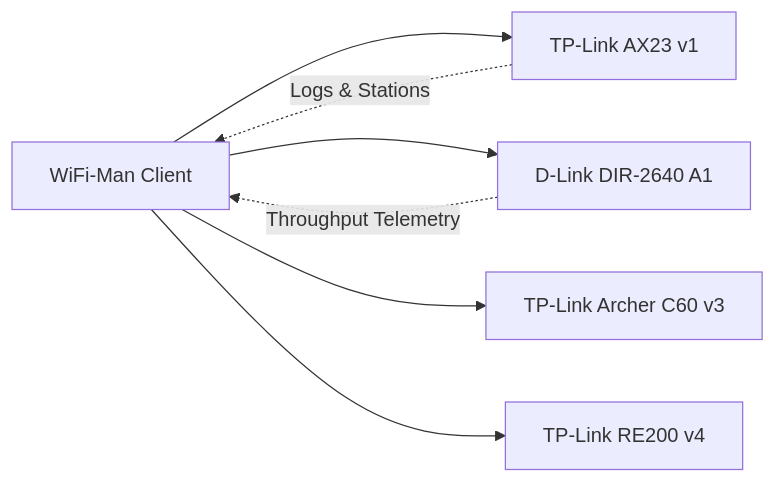
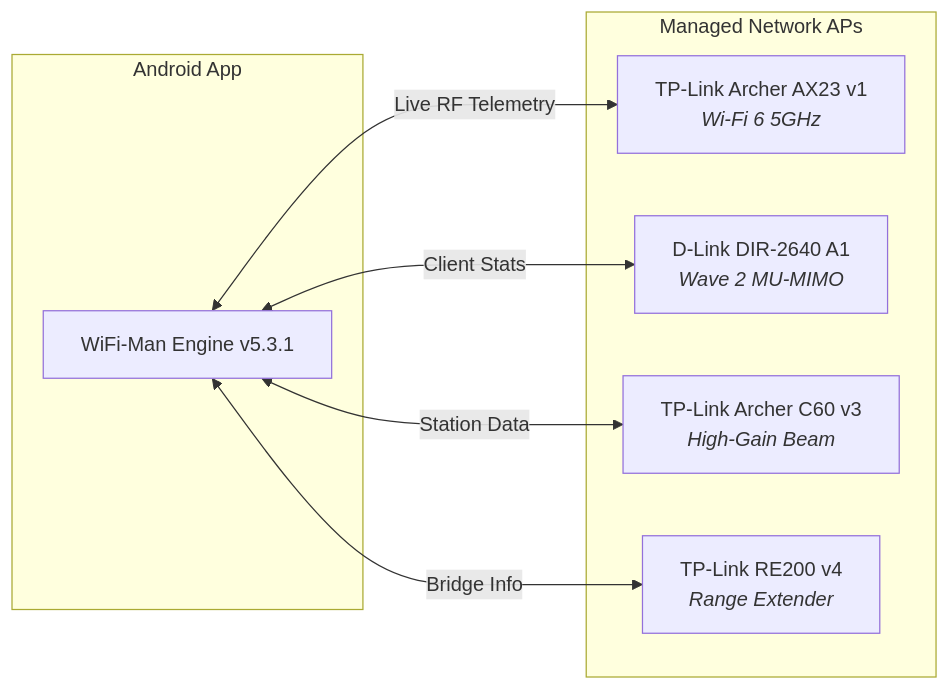
One commit to abhijit-108/wifi-man changed the diagram in README.md. Above: the diagram before and after it, drawn with Mermaid. The commit also changed other lines of this file, not shown here.

````diff
--- a/README.md
+++ b/README.md
@@ -60,9 +94,18 @@
 ```mermaid
 graph LR
-    App[WiFi-Man Client] --> AX23[TP-Link AX23 v1]
-    App --> DLink[D-Link DIR-2640 A1]
-    App --> C60[TP-Link Archer C60 v3]
-    App --> RE200[TP-Link RE200 v4]
-    AX23 -. Logs & Stations .-> App
-    DLink -. Throughput Telemetry .-> App
+    subgraph Client ["Android App"]
+        Core[WiFi-Man Engine v5.3.1]
+    end
+
+    subgraph Mesh ["Managed Network APs"]
+        AX23["TP-Link Archer AX23 v1<br/><i>Wi-Fi 6 5GHz</i>"]
+        DIR["D-Link DIR-2640 A1<br/><i>Wave 2 MU-MIMO</i>"]
+        C60["TP-Link Archer C60 v3<br/><i>High-Gain Beam</i>"]
+        RE200["TP-Link RE200 v4<br/><i>Range Extender</i>"]
+    end
+
+    Core <-->|Live RF Telemetry| AX23
+    Core <-->|Client Stats| DIR
+    Core <-->|Station Data| C60
+    Core <-->|Bridge Info| RE200
 ```
````
